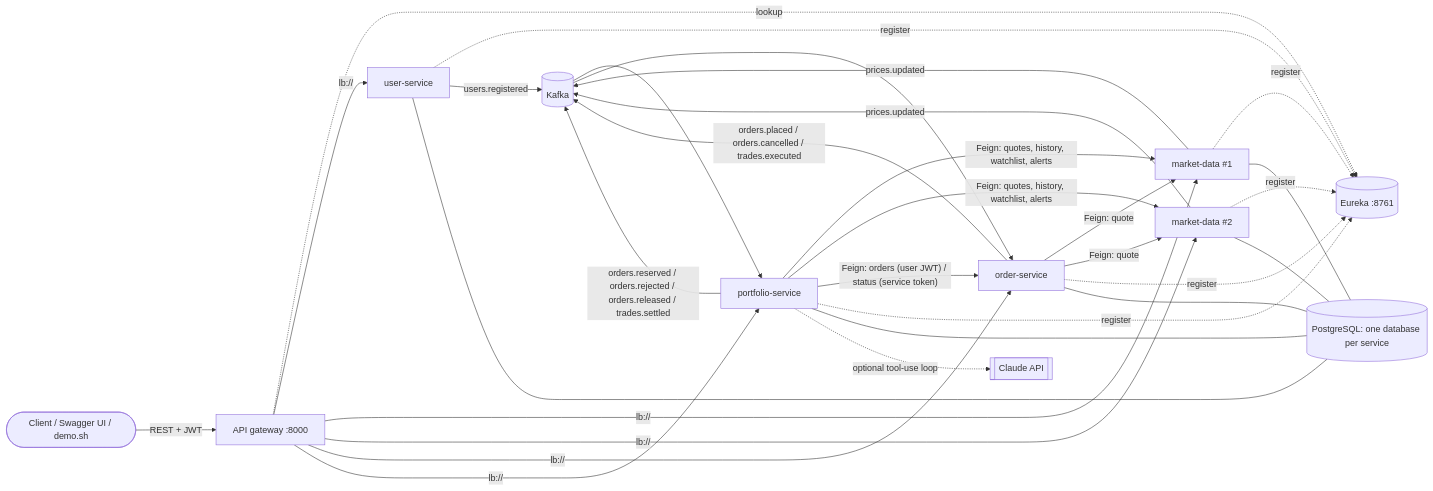
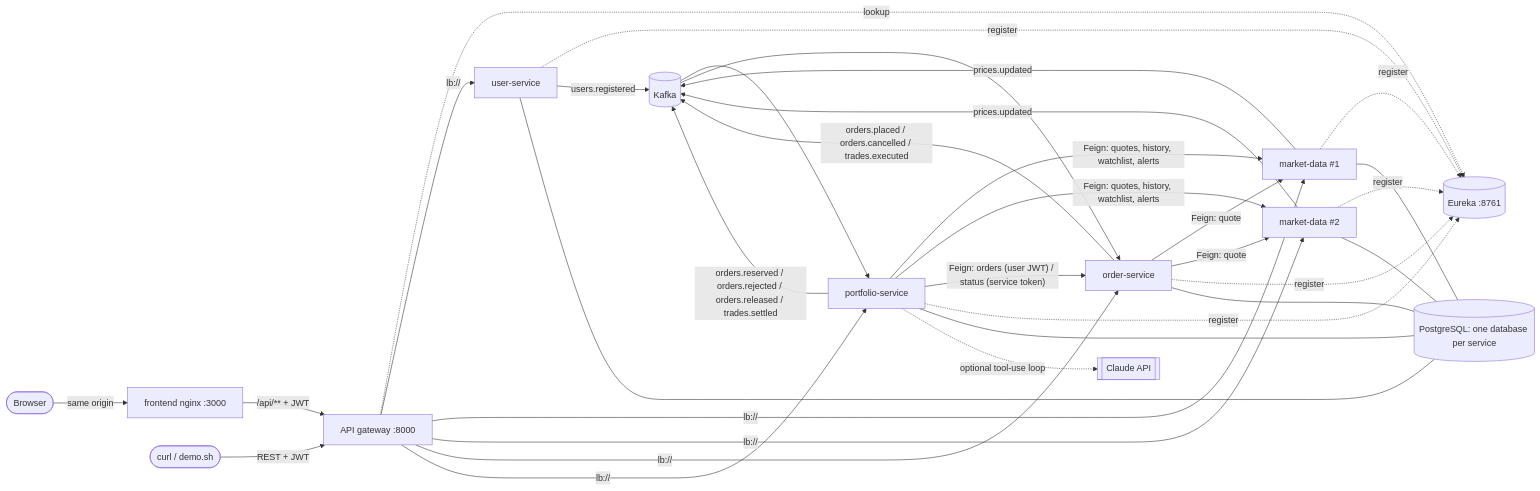
One commit to aravind19062/TradeFlow changed the diagram in README.md. Above: the diagram before and after it, drawn with Mermaid. The commit also changed other lines of this file and 53 other files, not shown here.

First line of the commit message:
feat(frontend): React web app for the simulated trading platform

````diff
--- a/README.md
+++ b/README.md
@@ -44,23 +46,25 @@
 ```mermaid
 flowchart LR
-    client([Client / Swagger UI / demo.sh]) -- "REST + JWT" --> GW[API gateway :8000]
+    web([Browser]) -- "same origin" --> FE[frontend nginx :3000]
+    FE -- "/api/** + JWT" --> GW[API gateway :8000]
+    client([curl / demo.sh]) -- "REST + JWT" --> GW
     GW -. "lookup" .-> EU[(Eureka :8761)]
     GW -- "lb://" --> U[user-service]
     GW -- "lb://" --> M1[market-data #1]
     GW -- "lb://" --> M2[market-data #2]
     GW -- "lb://" --> O[order-service]
     GW -- "lb://" --> P[portfolio-service]
     O -- "Feign: quote" --> M1 & M2
     P -- "Feign: quotes, history, watchlist, alerts" --> M1 & M2
     P -- "Feign: orders (user JWT) / status (service token)" --> O
     U & M1 & M2 & O & P -. "register" .-> EU
     K[(Kafka)]
     U -- users.registered --> K
     O -- "orders.placed / orders.cancelled / trades.executed" --> K
     P -- "orders.reserved / orders.rejected / orders.released / trades.settled" --> K
     M1 & M2 -- prices.updated --> K
     K --> P & O
     DB[(PostgreSQL: one database per service)]
     U & M1 & M2 & O & P --- DB
     P -. "optional tool-use loop" .-> LLM[[Claude API]]
 ```
````
